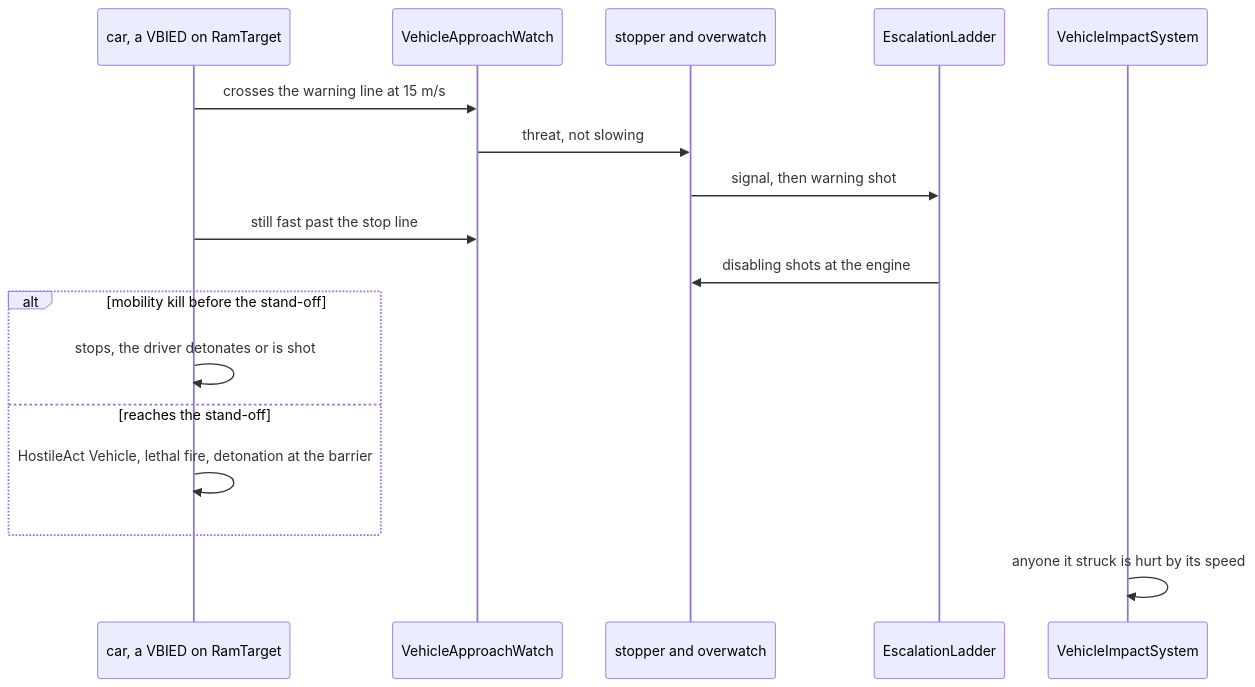
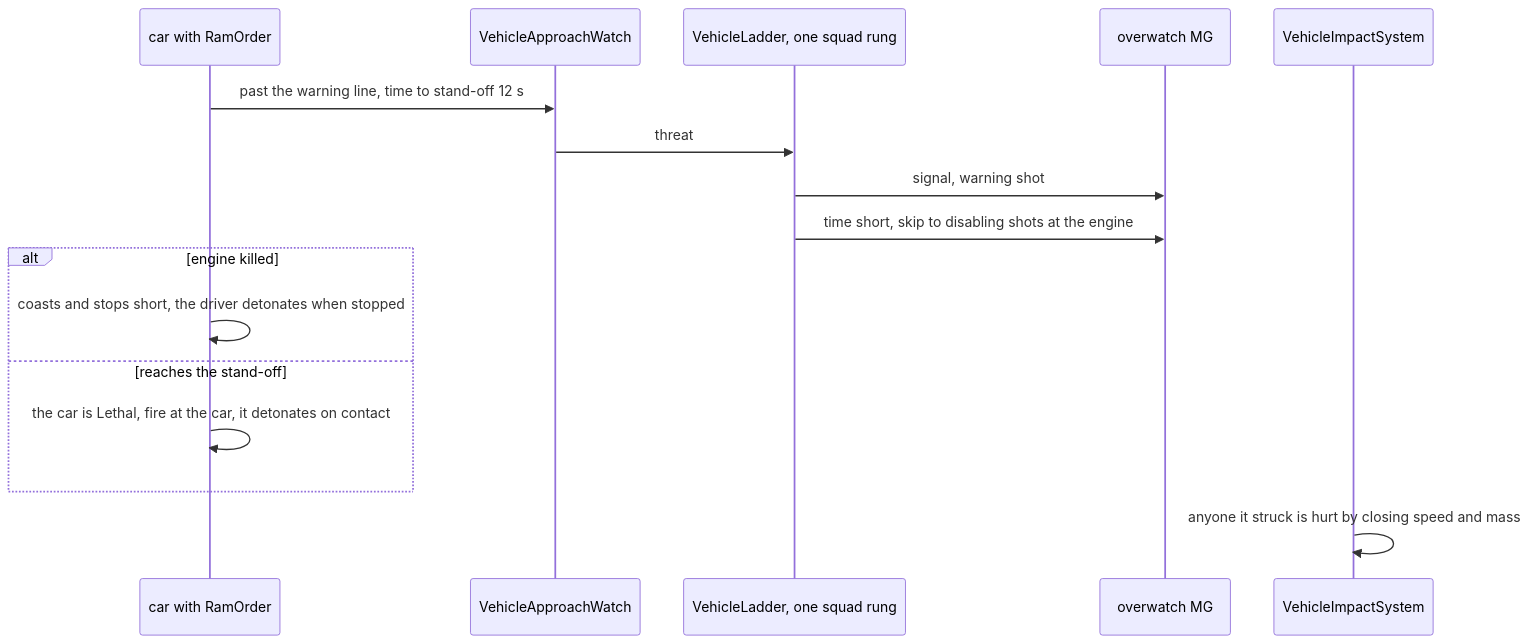
Before and after one commit to pjanec/HROT: the second of 3 diagrams in docs/designs/vehicle-tactics/DESIGN_Checkpoint_And_Ramming.md, drawn with Mermaid. The commit also changed other lines of this file and 4 other files, not shown here.

````diff
--- a/docs/designs/vehicle-tactics/DESIGN_Checkpoint_And_Ramming.md
+++ b/docs/designs/vehicle-tactics/DESIGN_Checkpoint_And_Ramming.md
@@ -134,19 +136,18 @@
 ```mermaid
 sequenceDiagram
-  participant C as car, a VBIED on RamTarget
+  participant C as car with RamOrder
   participant W as VehicleApproachWatch
-  participant S as stopper and overwatch
-  participant L as EscalationLadder
-  participant V as VehicleImpactSystem
-  C->>W: crosses the warning line at 15 m/s
-  W->>S: threat, not slowing
-  S->>L: signal, then warning shot
-  C->>W: still fast past the stop line
-  L->>S: disabling shots at the engine
-  alt mobility kill before the stand-off
-    C->>C: stops, the driver detonates or is shot
+  participant L as VehicleLadder, one squad rung
+  participant M as overwatch MG
+  participant I as VehicleImpactSystem
+  C->>W: past the warning line, time to stand-off 12 s
+  W->>L: threat
+  L->>M: signal, warning shot
+  L->>M: time short, skip to disabling shots at the engine
+  alt engine killed
+    C->>C: coasts and stops short, the driver detonates when stopped
   else reaches the stand-off
-    C->>C: HostileAct Vehicle, lethal fire, detonation at the barrier
+    C->>C: the car is Lethal, fire at the car, it detonates on contact
   end
-  V->>V: anyone it struck is hurt by its speed
+  I->>I: anyone it struck is hurt by closing speed and mass
 ```
````
